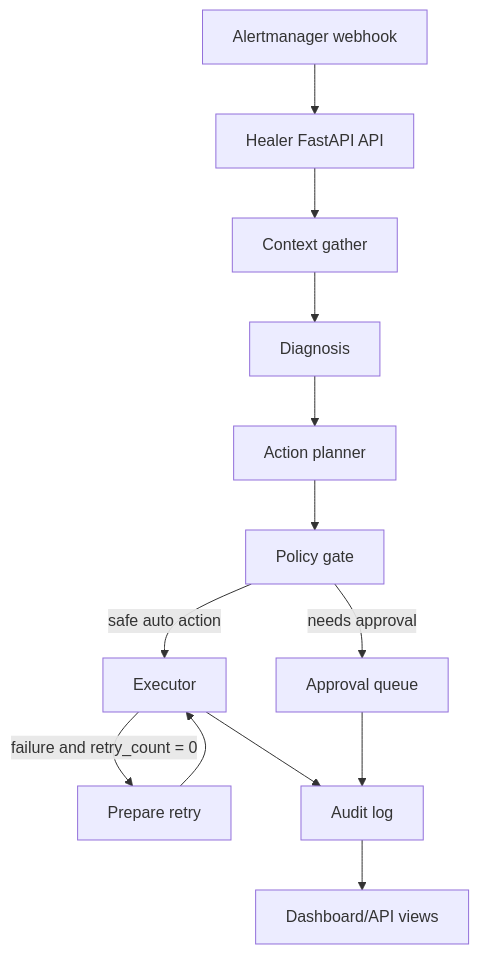
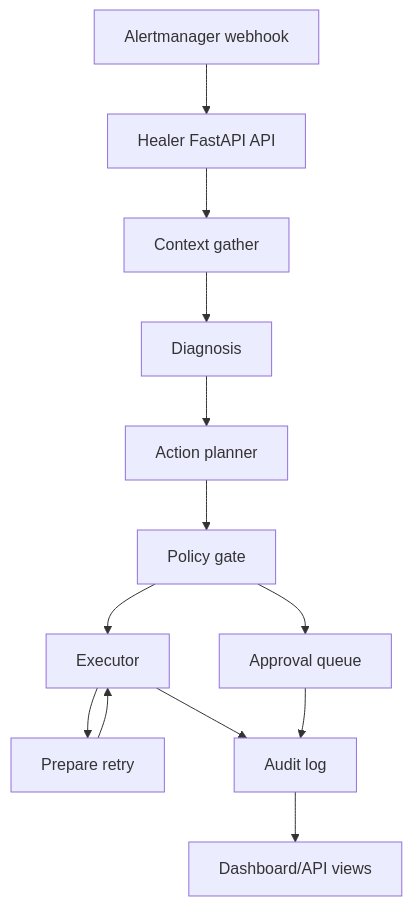
One commit to Protagonist01/self-healing-monitor changed the diagram in docs/architecture.md. Above: the diagram before and after it, drawn with Mermaid. The commit also changed 1 other file, not shown here.

Commit message:
Fix GitHub Mermaid diagram rendering

````diff
--- a/docs/architecture.md
+++ b/docs/architecture.md
@@ -7,15 +7,15 @@
 ```mermaid
 flowchart TD
   alert["Alertmanager webhook"] --> api["Healer FastAPI API"]
   api --> context["Context gather"]
   context --> diagnose["Diagnosis"]
   diagnose --> planner["Action planner"]
   planner --> gate["Policy gate"]
-  gate -->|safe auto action| exec["Executor"]
-  gate -->|needs approval| queue["Approval queue"]
-  exec -->|failure and retry_count = 0| retry["Prepare retry"]
+  gate --> exec["Executor"]
+  gate --> queue["Approval queue"]
+  exec --> retry["Prepare retry"]
   retry --> exec
   exec --> audit["Audit log"]
   queue --> audit
   audit --> dashboard["Dashboard/API views"]
 ```
````
